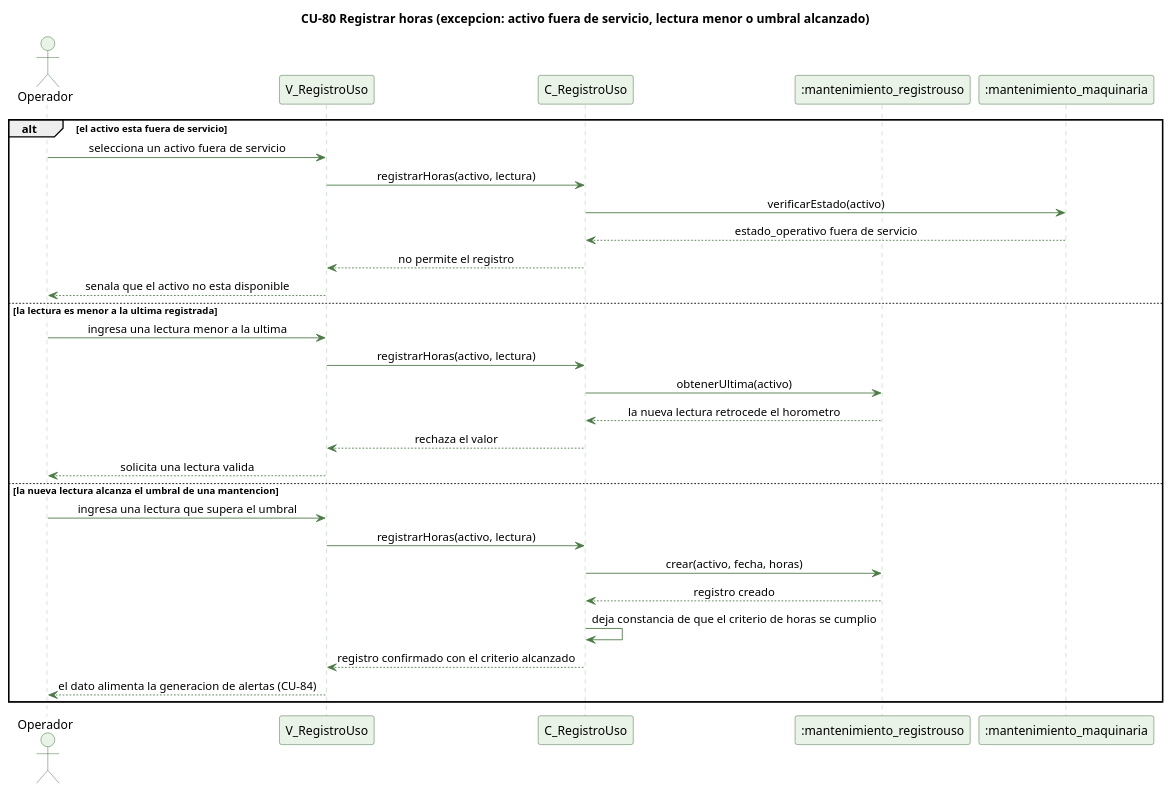
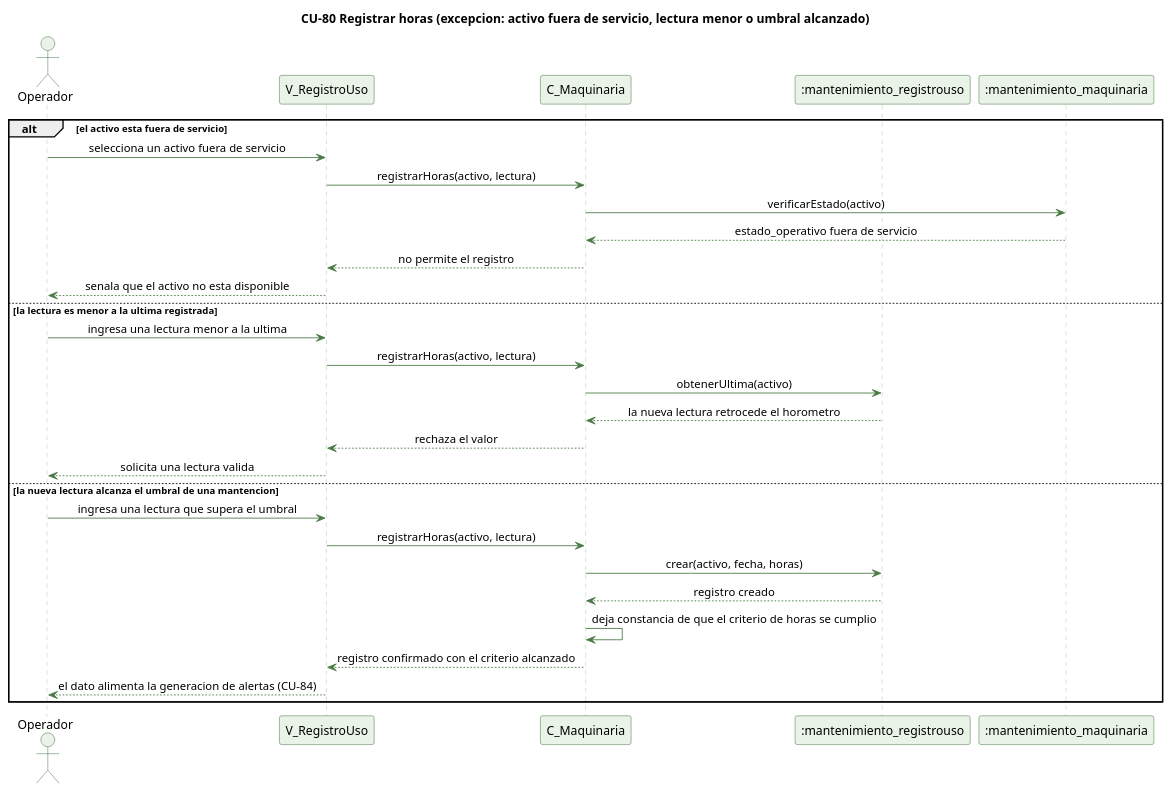
The diagram in docs/trabajo-grupal/diagramas/secuencias/cu80-registrar-horas-excepcion.puml (kenjikaese/Triverde), drawn with PlantUML before and after one commit. The commit also changed 101 other files, not shown here.

```diff
--- a/docs/trabajo-grupal/diagramas/secuencias/cu80-registrar-horas-excepcion.puml
+++ b/docs/trabajo-grupal/diagramas/secuencias/cu80-registrar-horas-excepcion.puml
@@ -1,46 +1,46 @@
 @startuml cu80-registrar-horas-excepcion
 ' CU-80 Registrando las horas de uso de una maquina - flujo de excepcion
 skinparam backgroundColor #FFFFFF
 skinparam shadowing false
 skinparam defaultFontName Helvetica
 skinparam sequenceMessageAlign center
 skinparam ParticipantBackgroundColor #EAF3E7
 skinparam ParticipantBorderColor #2E5E2A
 skinparam ActorBackgroundColor #EAF3E7
 skinparam ActorBorderColor #2E5E2A
 skinparam sequenceLifeLineBorderColor #9CC49A
 skinparam ArrowColor #4B7A46
 
 title CU-80 Registrar horas (excepcion: activo fuera de servicio, lectura menor o umbral alcanzado)
 
 actor Operador
 participant "V_RegistroUso" as V
-participant "C_RegistroUso" as C
+participant "C_Maquinaria" as C
 participant ":mantenimiento_registrouso" as RU
 participant ":mantenimiento_maquinaria" as MQ
 
 alt el activo esta fuera de servicio
   Operador -> V : selecciona un activo fuera de servicio
   V -> C : registrarHoras(activo, lectura)
   C -> MQ : verificarEstado(activo)
   MQ --> C : estado_operativo fuera de servicio
   C --> V : no permite el registro
   V --> Operador : senala que el activo no esta disponible
 else la lectura es menor a la ultima registrada
   Operador -> V : ingresa una lectura menor a la ultima
   V -> C : registrarHoras(activo, lectura)
   C -> RU : obtenerUltima(activo)
   RU --> C : la nueva lectura retrocede el horometro
   C --> V : rechaza el valor
   V --> Operador : solicita una lectura valida
 else la nueva lectura alcanza el umbral de una mantencion
   Operador -> V : ingresa una lectura que supera el umbral
   V -> C : registrarHoras(activo, lectura)
   C -> RU : crear(activo, fecha, horas)
   RU --> C : registro creado
   C -> C : deja constancia de que el criterio de horas se cumplio
   C --> V : registro confirmado con el criterio alcanzado
   V --> Operador : el dato alimenta la generacion de alertas (CU-84)
 end
 
 @enduml
```
